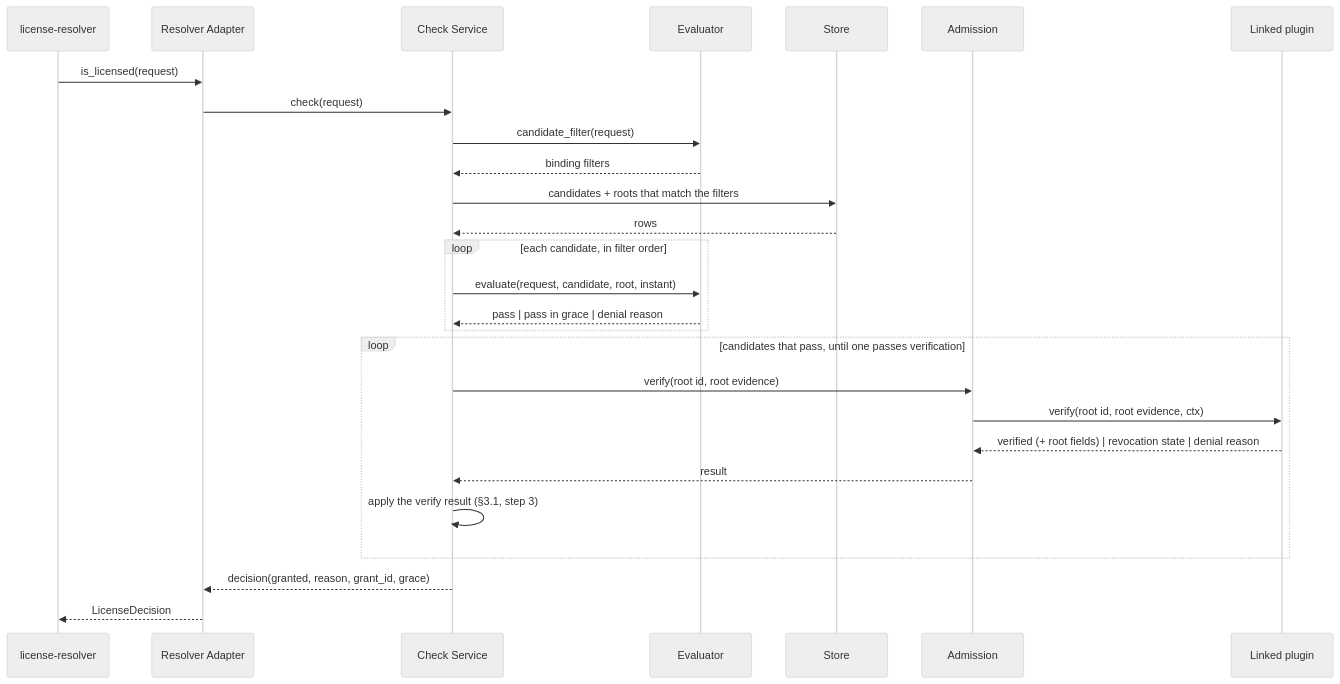
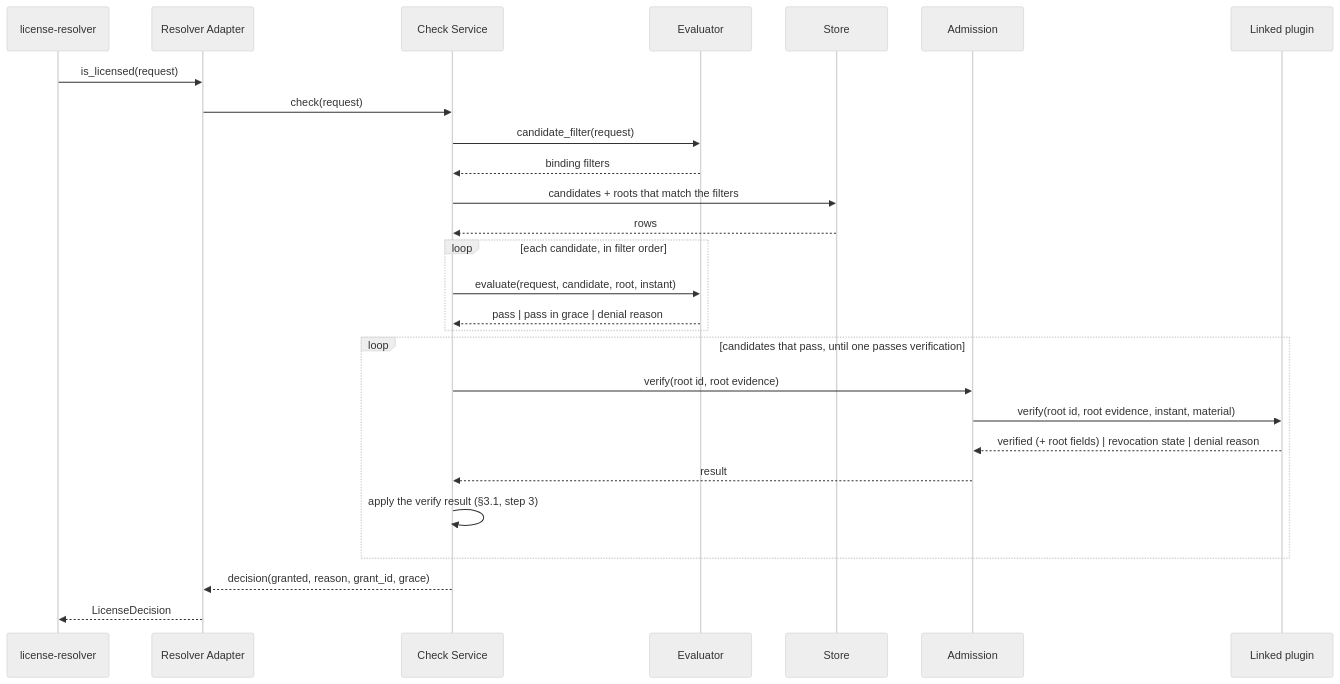
Before and after one commit to AndIConstructor/gears-rust: the second of 5 diagrams in gears/system/license-enforcement/docs/DESIGN.md, drawn with Mermaid (neutral theme). The commit also changed other lines of this file and 8 other files, not shown here.

````diff
--- a/gears/system/license-enforcement/docs/DESIGN.md
+++ b/gears/system/license-enforcement/docs/DESIGN.md
@@ -781,29 +786,29 @@
 ```mermaid
 sequenceDiagram
     participant R as license-resolver
     participant A as Resolver Adapter
     participant C as Check Service
     participant E as Evaluator
     participant S as Store
     participant AD as Admission
     participant V as Linked plugin
     R ->> A: is_licensed(request)
     A ->> C: check(request)
     C ->> E: candidate_filter(request)
     E -->> C: binding filters
     C ->> S: candidates + roots that match the filters
     S -->> C: rows
     loop each candidate, in filter order
         C ->> E: evaluate(request, candidate, root, instant)
         E -->> C: pass | pass in grace | denial reason
     end
     loop candidates that pass, until one passes verification
         C ->> AD: verify(root id, root evidence)
-        AD ->> V: verify(root id, root evidence, ctx)
+        AD ->> V: verify(root id, root evidence, instant, material)
         V -->> AD: verified (+ root fields) | revocation state | denial reason
         AD -->> C: result
         C ->> C: apply the verify result (§3.1, step 3)
     end
     C -->> A: decision(granted, reason, grant_id, grace)
     A -->> R: LicenseDecision
 ```
````
